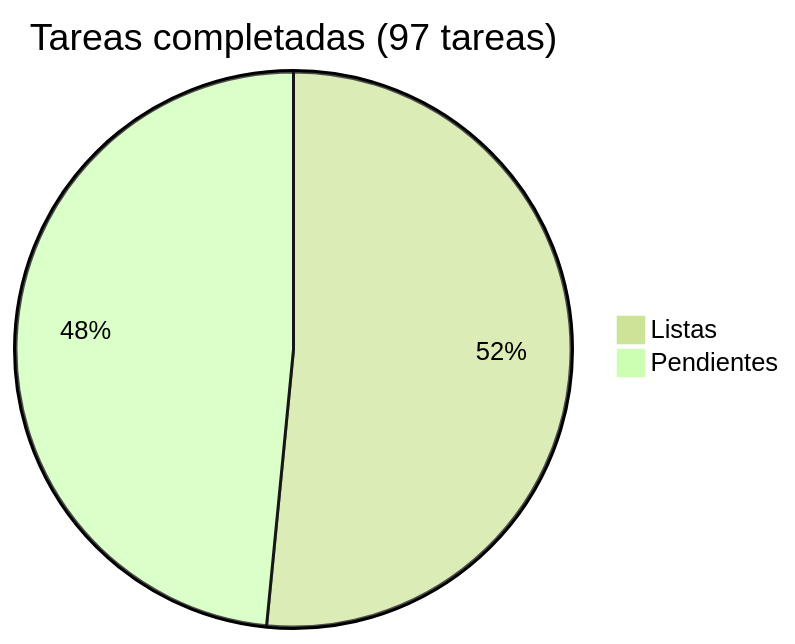
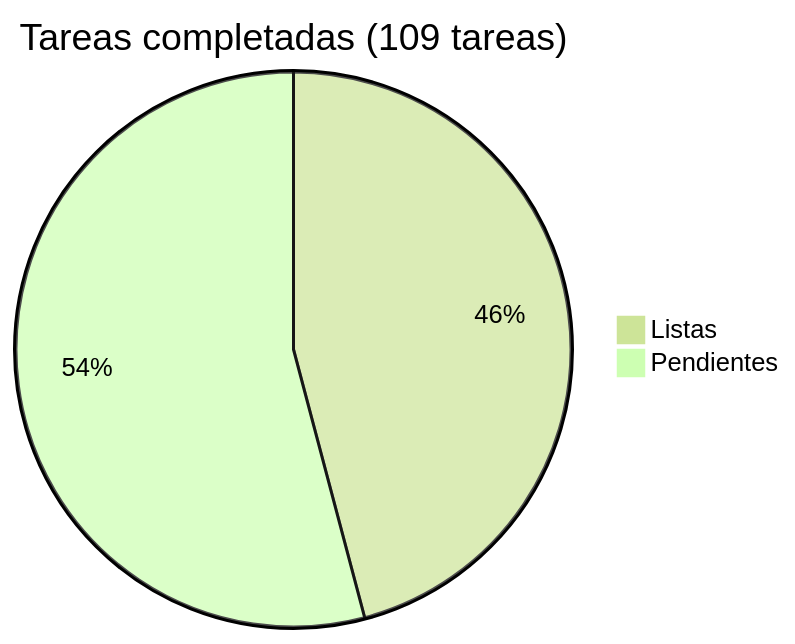
One commit to araguaney-lat/araguaney changed the diagram in docs/roadmap/README.md. Above: the diagram before and after it, drawn with Mermaid (forest theme). The commit also changed other lines of this file and 2 other files, not shown here.

Commit message:
docs: add Phase 6 catalog integrations roadmap + update CLAUDE.md

````diff
--- a/docs/roadmap/README.md
+++ b/docs/roadmap/README.md
@@ -5,5 +5,5 @@
 ```mermaid
-pie title Tareas completadas (97 tareas)
+pie title Tareas completadas (109 tareas)
     "Listas" : 50
-    "Pendientes" : 47
+    "Pendientes" : 59
 ```
````
